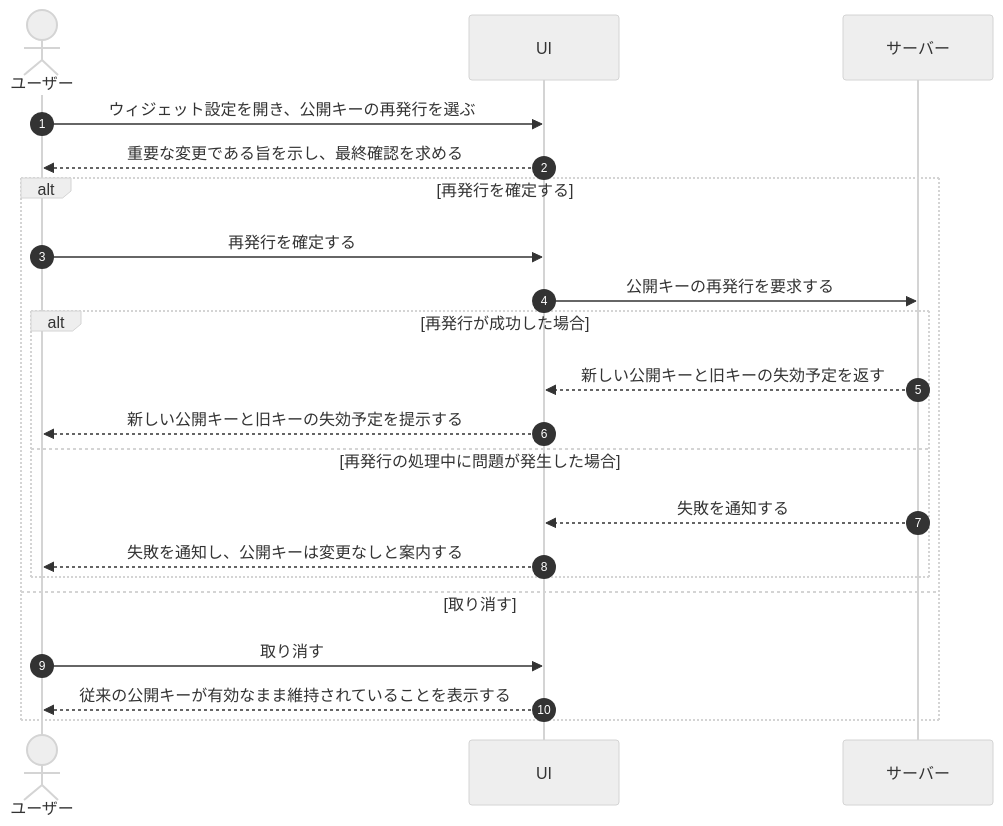
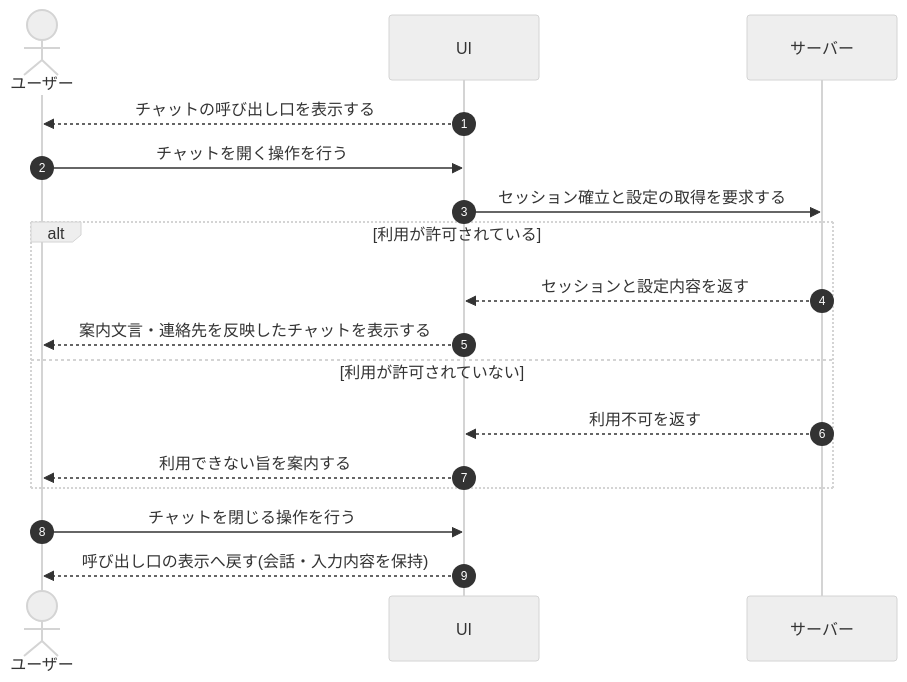
Before and after one commit to sikakou54/open-faq: the diagram in 01_requirements/04_business_usecases/UC-040.md, drawn with Mermaid (neutral theme). The commit also changed other lines of this file and 395 other files, not shown here.

````diff
--- a/01_requirements/04_business_usecases/UC-040.md
+++ b/01_requirements/04_business_usecases/UC-040.md
@@ -27,24 +26,19 @@
 ```mermaid
 sequenceDiagram
   autonumber
   actor U as ユーザー
   participant UI as UI
   participant S as サーバー
-
-  U->>UI: ウィジェット設定を開き、公開キーの再発行を選ぶ
-  UI-->>U: 重要な変更である旨を示し、最終確認を求める
-  alt 再発行を確定する
-    U->>UI: 再発行を確定する
-    UI->>S: 公開キーの再発行を要求する
-    alt 再発行が成功した場合
-      S-->>UI: 新しい公開キーと旧キーの失効予定を返す
-      UI-->>U: 新しい公開キーと旧キーの失効予定を提示する
-    else 再発行の処理中に問題が発生した場合
-      S-->>UI: 失敗を通知する
-      UI-->>U: 失敗を通知し、公開キーは変更なしと案内する
-    end
-  else 取り消す
-    U->>UI: 取り消す
-    UI-->>U: 従来の公開キーが有効なまま維持されていることを表示する
+  UI-->>U: チャットの呼び出し口を表示する
+  U->>UI: チャットを開く操作を行う
+  UI->>S: セッション確立と設定の取得を要求する
+  alt 利用が許可されている
+    S-->>UI: セッションと設定内容を返す
+    UI-->>U: 案内文言・連絡先を反映したチャットを表示する
+  else 利用が許可されていない
+    S-->>UI: 利用不可を返す
+    UI-->>U: 利用できない旨を案内する
   end
+  U->>UI: チャットを閉じる操作を行う
+  UI-->>U: 呼び出し口の表示へ戻す(会話・入力内容を保持)
 ```
````
